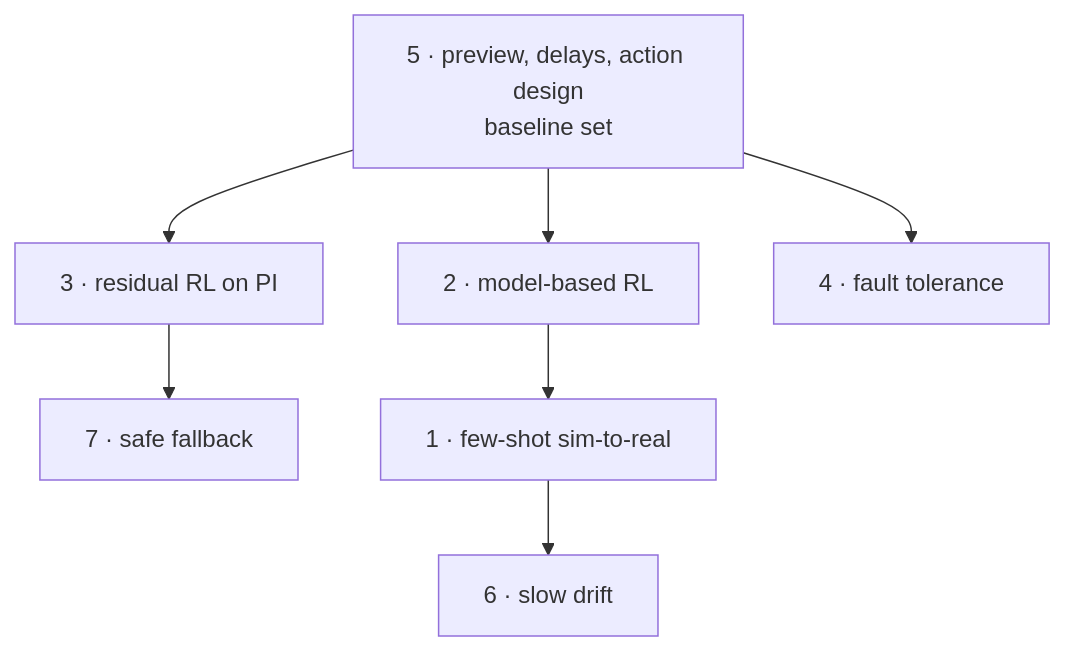
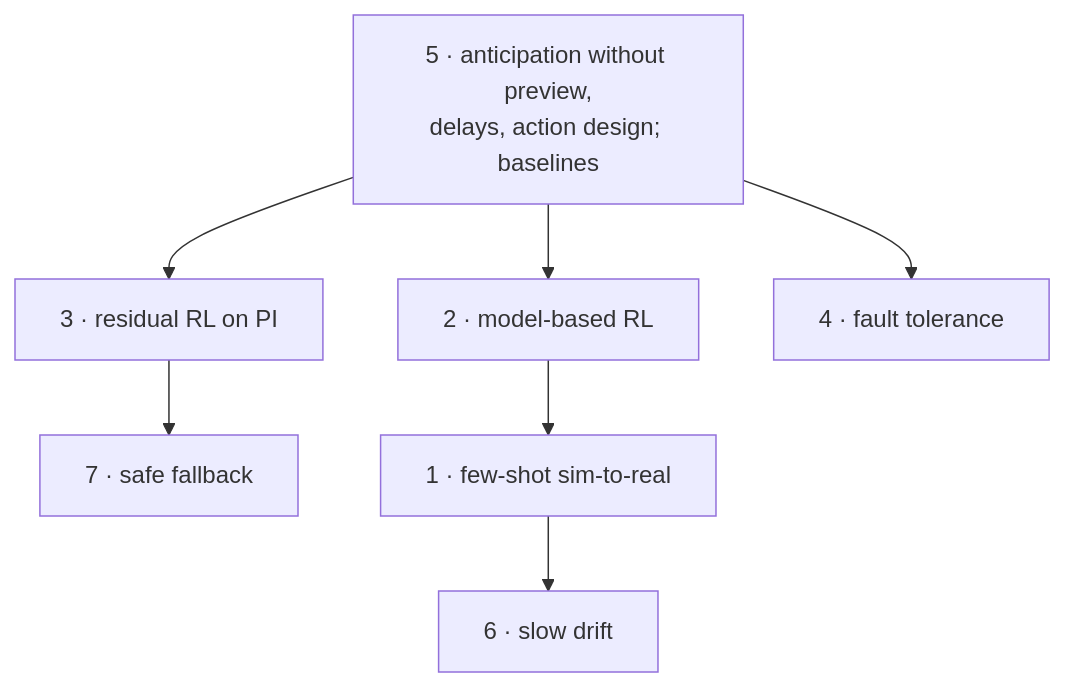
The first of 3 diagrams in docs/06-open-questions.md (leandergrech/rl-rocket-engine-control), drawn with Mermaid before and after one commit. The commit also changed other lines of this file and 52 other files, not shown here.

````diff
--- a/docs/06-open-questions.md
+++ b/docs/06-open-questions.md
@@ -7,9 +11,9 @@
 ```mermaid
 flowchart TB
-  Q5["5 · preview, delays, action design<br/>baseline set"] --> Q3["3 · residual RL on PI"]
+  Q5["5 · anticipation without preview,<br/>delays, action design; baselines"] --> Q3["3 · residual RL on PI"]
   Q5 --> Q2["2 · model-based RL"]
   Q5 --> Q4["4 · fault tolerance"]
   Q3 --> Q7["7 · safe fallback"]
   Q2 --> Q1["1 · few-shot sim-to-real"]
   Q1 --> Q6["6 · slow drift"]
 ```
````
